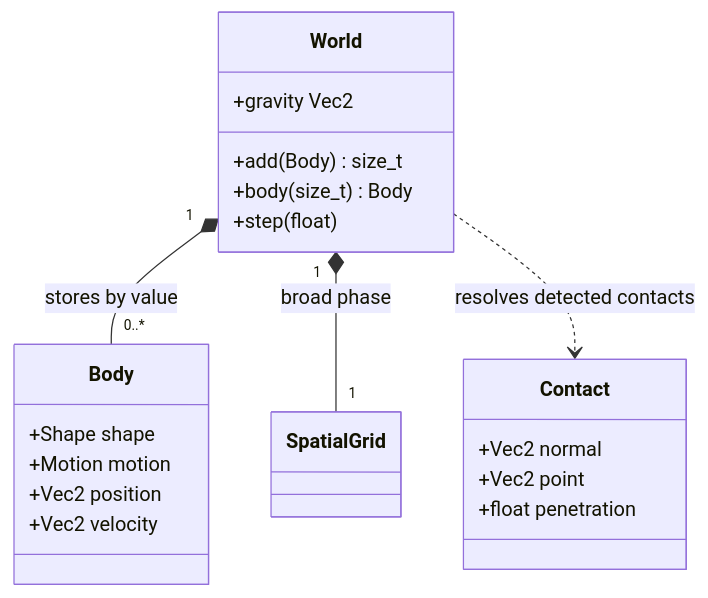
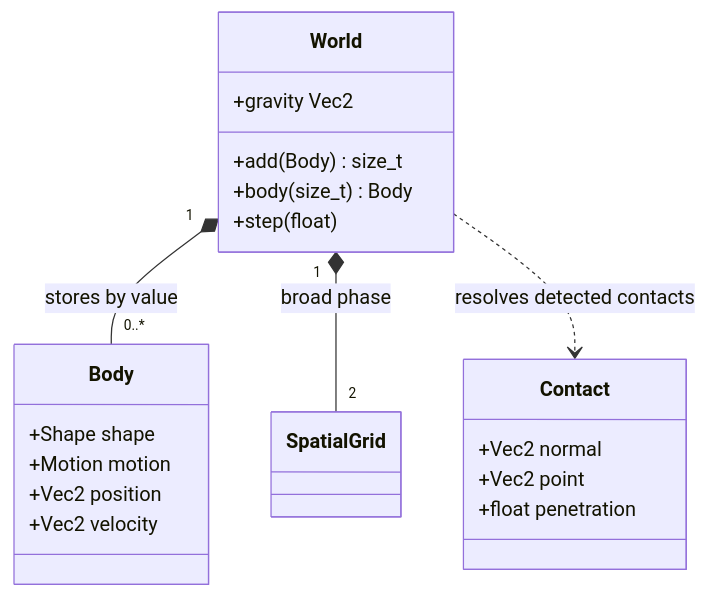
Before and after one commit to SMB-M87/Kinetra: the second of 2 diagrams in src/simulation/README.md, drawn with Mermaid. The commit also changed other lines of this file, not shown here.

Commit message:
docs(simulation): the broad phase keeps fixed bodies in their own index
Claude-Session: https://claude.ai/code/session_01X7aQDDWyufUUxkVbu34ep4

````diff
--- a/src/simulation/README.md
+++ b/src/simulation/README.md
@@ -79,24 +79,24 @@
 ```mermaid
 classDiagram
     class World {
         +add(Body) size_t
         +body(size_t) Body
         +step(float)
         +gravity Vec2
     }
     class Body {
         +Shape shape
         +Motion motion
         +Vec2 position
         +Vec2 velocity
     }
     class SpatialGrid
     class Contact {
         +Vec2 normal
         +Vec2 point
         +float penetration
     }
     World "1" *-- "0..*" Body : stores by value
-    World "1" *-- "1" SpatialGrid : broad phase
+    World "1" *-- "2" SpatialGrid : broad phase
     World ..> Contact : resolves detected contacts
 ```
````
